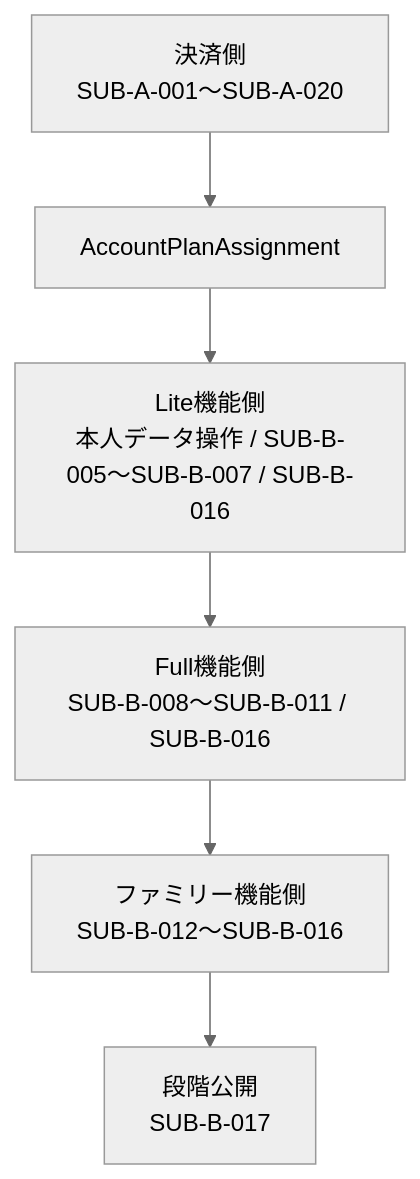
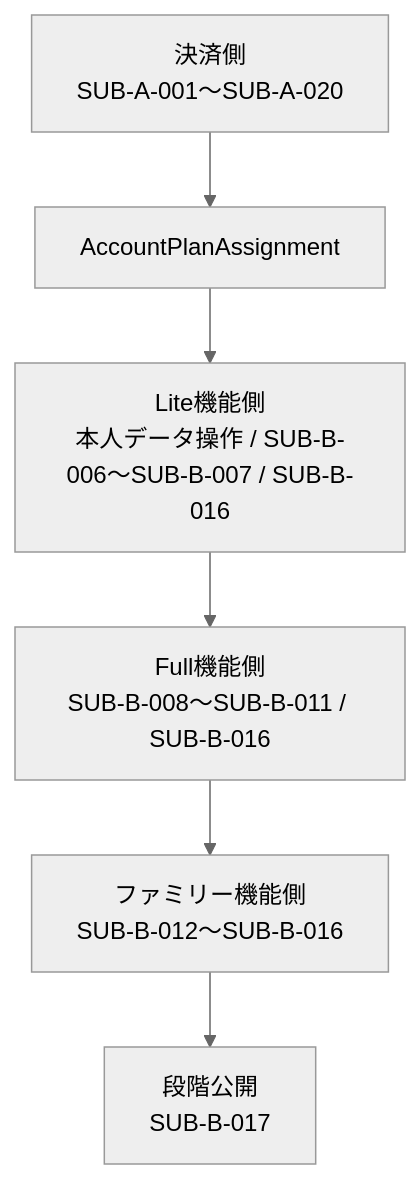
The third of 3 diagrams in docs/development/subscription-remaining-tasks.md (kkyosuke/me-builder), drawn with Mermaid (neutral theme) before and after one commit. The commit also changed other lines of this file and 38 other files, not shown here.

````diff
--- a/docs/development/subscription-remaining-tasks.md
+++ b/docs/development/subscription-remaining-tasks.md
@@ -99,8 +99,8 @@
 ```mermaid
 flowchart TD
     A[決済側<br/>SUB-A-001〜SUB-A-020] --> I[AccountPlanAssignment]
-    I --> L[Lite機能側<br/>本人データ操作 / SUB-B-005〜SUB-B-007 / SUB-B-016]
+    I --> L[Lite機能側<br/>本人データ操作 / SUB-B-006〜SUB-B-007 / SUB-B-016]
     L --> U[Full機能側<br/>SUB-B-008〜SUB-B-011 / SUB-B-016]
     U --> F[ファミリー機能側<br/>SUB-B-012〜SUB-B-016]
     F --> R[段階公開<br/>SUB-B-017]
 ```
````
